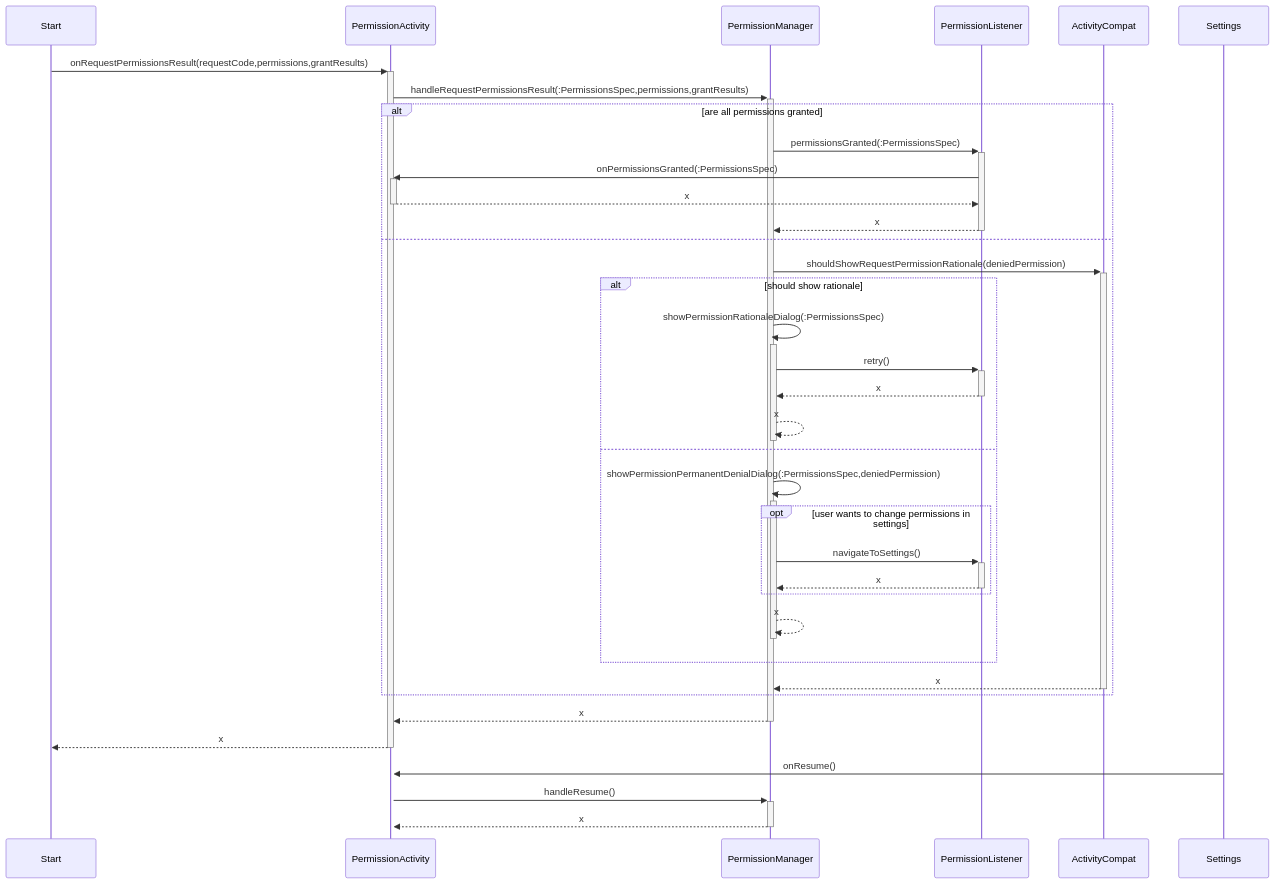
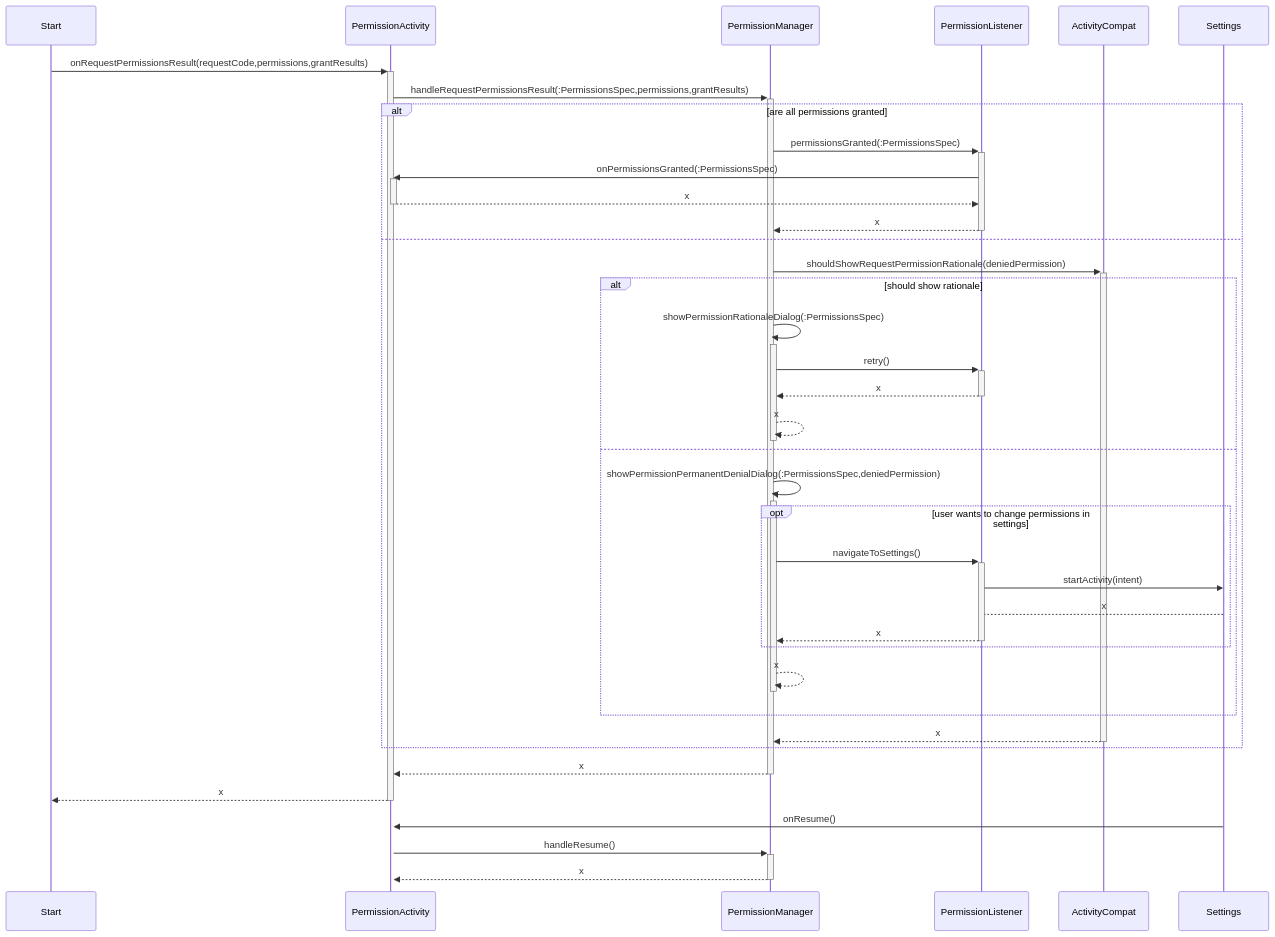
One commit to mjureczko/maly-poszukiwacz-skarbow changed the diagram in development.mmd. Above: the diagram before and after it, drawn with Mermaid.

```diff
--- a/development.mmd
+++ b/development.mmd
@@ -1,30 +1,32 @@
 sequenceDiagram
     Start ->>+ PermissionActivity: onRequestPermissionsResult(requestCode,permissions,grantResults)
     PermissionActivity ->>+ PermissionManager: handleRequestPermissionsResult(:PermissionsSpec,permissions,grantResults)
     alt are all permissions granted
         PermissionManager ->>+ PermissionListener: permissionsGranted(:PermissionsSpec)
         PermissionListener ->>+ PermissionActivity: onPermissionsGranted(:PermissionsSpec)
         PermissionActivity -->>- PermissionListener: x
         PermissionListener -->>- PermissionManager: x
     else
         PermissionManager ->>+ ActivityCompat: shouldShowRequestPermissionRationale(deniedPermission)
         alt should show rationale
             PermissionManager ->>+ PermissionManager: showPermissionRationaleDialog(:PermissionsSpec)
             PermissionManager ->>+  PermissionListener: retry()
             PermissionListener -->>- PermissionManager: x
             PermissionManager -->>- PermissionManager: x
         else
             PermissionManager ->>+ PermissionManager: showPermissionPermanentDenialDialog(:PermissionsSpec,deniedPermission)
             opt user wants to change permissions in settings
                 PermissionManager ->>+ PermissionListener: navigateToSettings()
+                PermissionListener ->> Settings: startActivity(intent)
+                Settings --> PermissionListener: x
                 PermissionListener -->>- PermissionManager: x
             end
             PermissionManager -->>- PermissionManager: x
         end
         ActivityCompat -->>- PermissionManager: x
     end
     PermissionManager -->>- PermissionActivity: x
     PermissionActivity -->>- Start: x
     Settings ->>+ PermissionActivity: onResume()
     PermissionActivity ->>+ PermissionManager: handleResume()
     PermissionManager -->>- PermissionActivity: x
```
